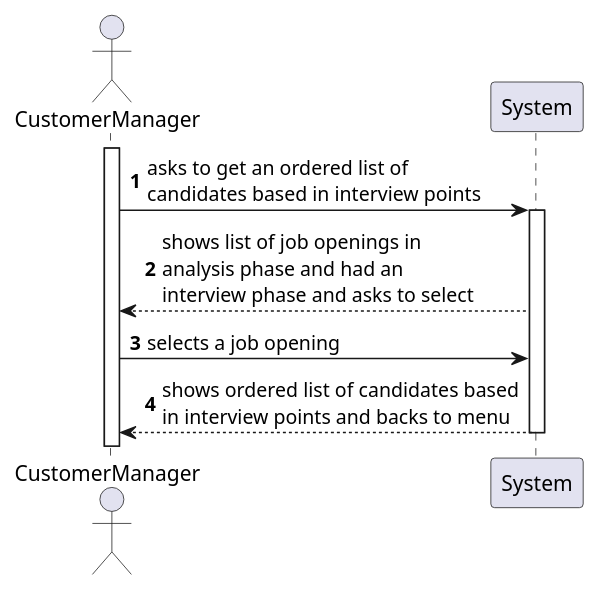
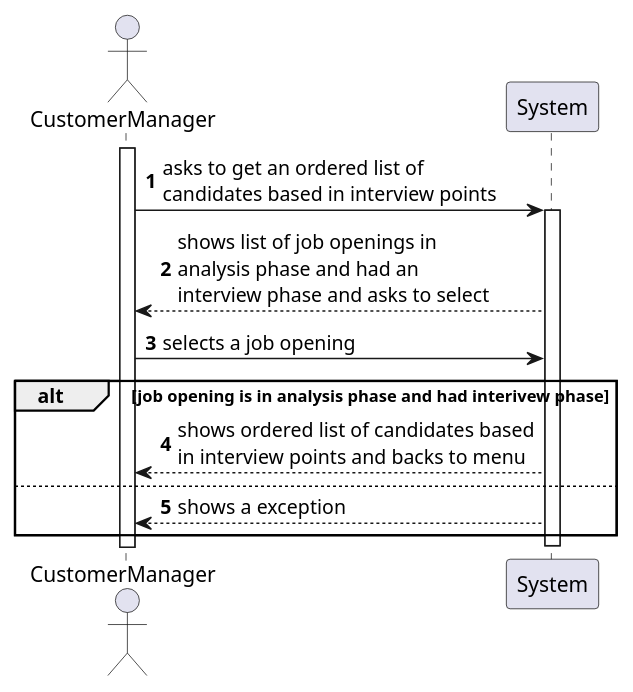
Before and after one commit to Rodrick0209/ISEP-SEM4PI-23-24: the diagram in docs/SprintC/us1019/SSD/SSD.puml, drawn with PlantUML.

Commit message:
US1019 Analysis fixed (fixed SSD for validation) #47

```diff
--- a/docs/SprintC/us1019/SSD/SSD.puml
+++ b/docs/SprintC/us1019/SSD/SSD.puml
@@ -1,17 +1,21 @@
 @startuml
 'https://plantuml.com/sequence-diagram
 
 autonumber
 
 actor CustomerManager
 participant System
 
 activate CustomerManager
 CustomerManager -> System : asks to get an ordered list of\ncandidates based in interview points
 activate System
 System --> CustomerManager : shows list of job openings in \nanalysis phase and had an\ninterview phase and asks to select
 CustomerManager -> System : selects a job opening
+alt job opening is in analysis phase and had interivew phase
 System --> CustomerManager : shows ordered list of candidates based\nin interview points and backs to menu
+else
+System --> CustomerManager : shows a exception
+end alt
 deactivate System
 
 @enduml
```
